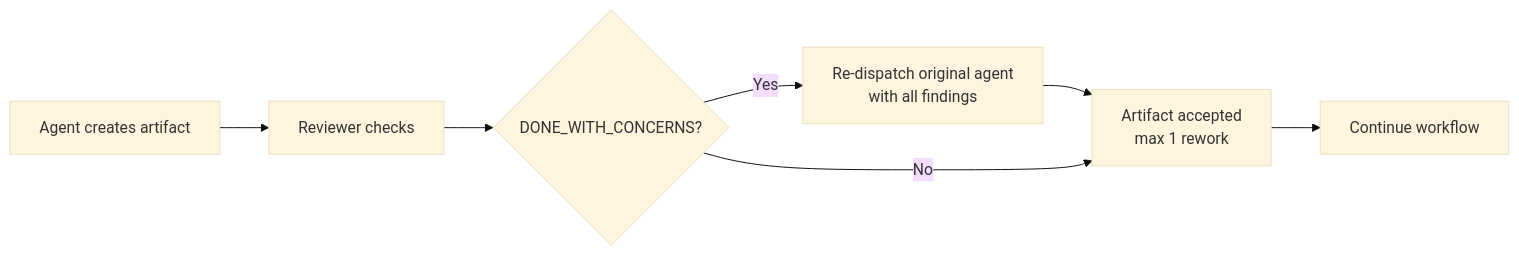
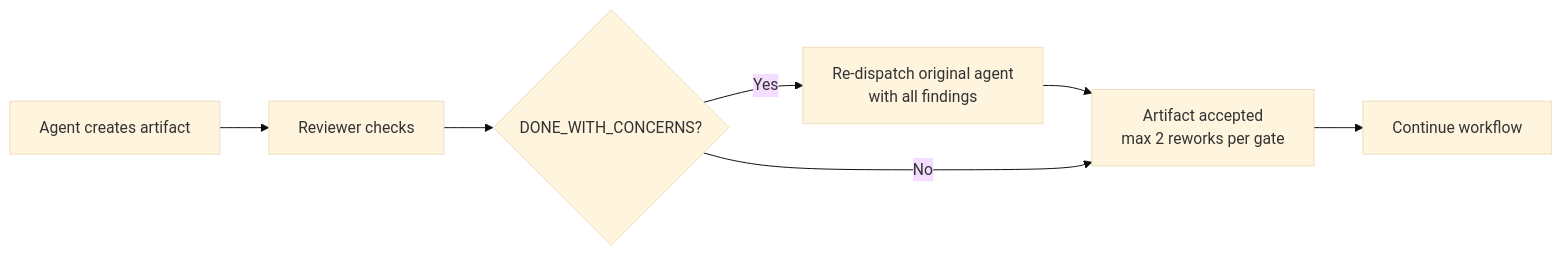
One commit to biggora/dev-team changed the second of 4 diagrams in specs/workflow.md. Above: the diagram before and after it, drawn with Mermaid (base theme). The commit also changed other lines of this file and 71 other files, not shown here.

````diff
--- a/specs/workflow.md
+++ b/specs/workflow.md
@@ -175,9 +174,9 @@
 ```mermaid
 flowchart LR
     AGENT[Agent creates artifact] --> REVIEWER[Reviewer checks]
     REVIEWER --> D{DONE_WITH_CONCERNS?}
     D -- Yes --> REWORK[Re-dispatch original agent\nwith all findings]
-    REWORK --> PASS[Artifact accepted\nmax 1 rework]
+    REWORK --> PASS[Artifact accepted\nmax 2 reworks per gate]
     D -- No --> PASS
     PASS --> NEXT[Continue workflow]
 ```
````
